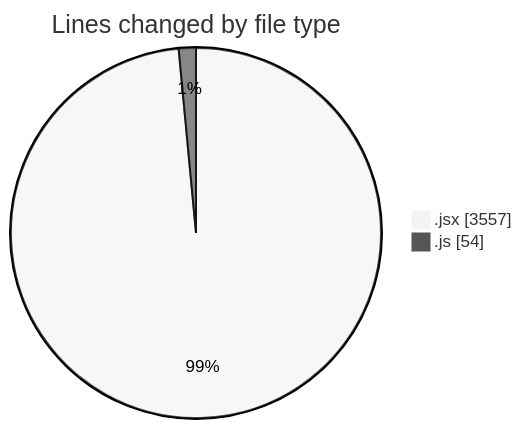
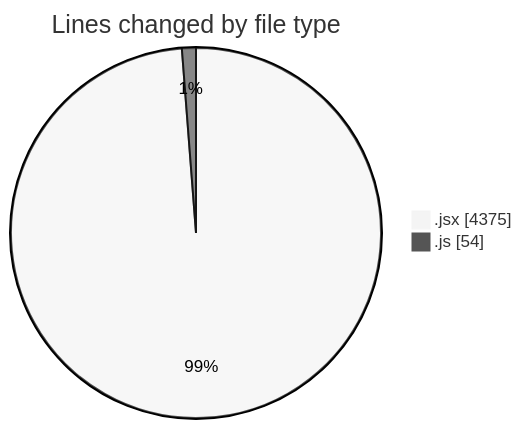
Before and after one commit to nxtqubesakshisongat/code-tracking: the first of 2 diagrams in 2025-06-25/nxtqube_webapp/README.md, drawn with Mermaid (neutral theme). The commit also changed other lines of this file and 1 other file, not shown here.

````diff
--- a/2025-06-25/nxtqube_webapp/README.md
+++ b/2025-06-25/nxtqube_webapp/README.md
@@ -24,6 +24,6 @@
 ```mermaid
 pie showData
 title Lines changed by file type
-".jsx" : 3557
+".jsx" : 4375
 ".js" : 54
 ```
````
